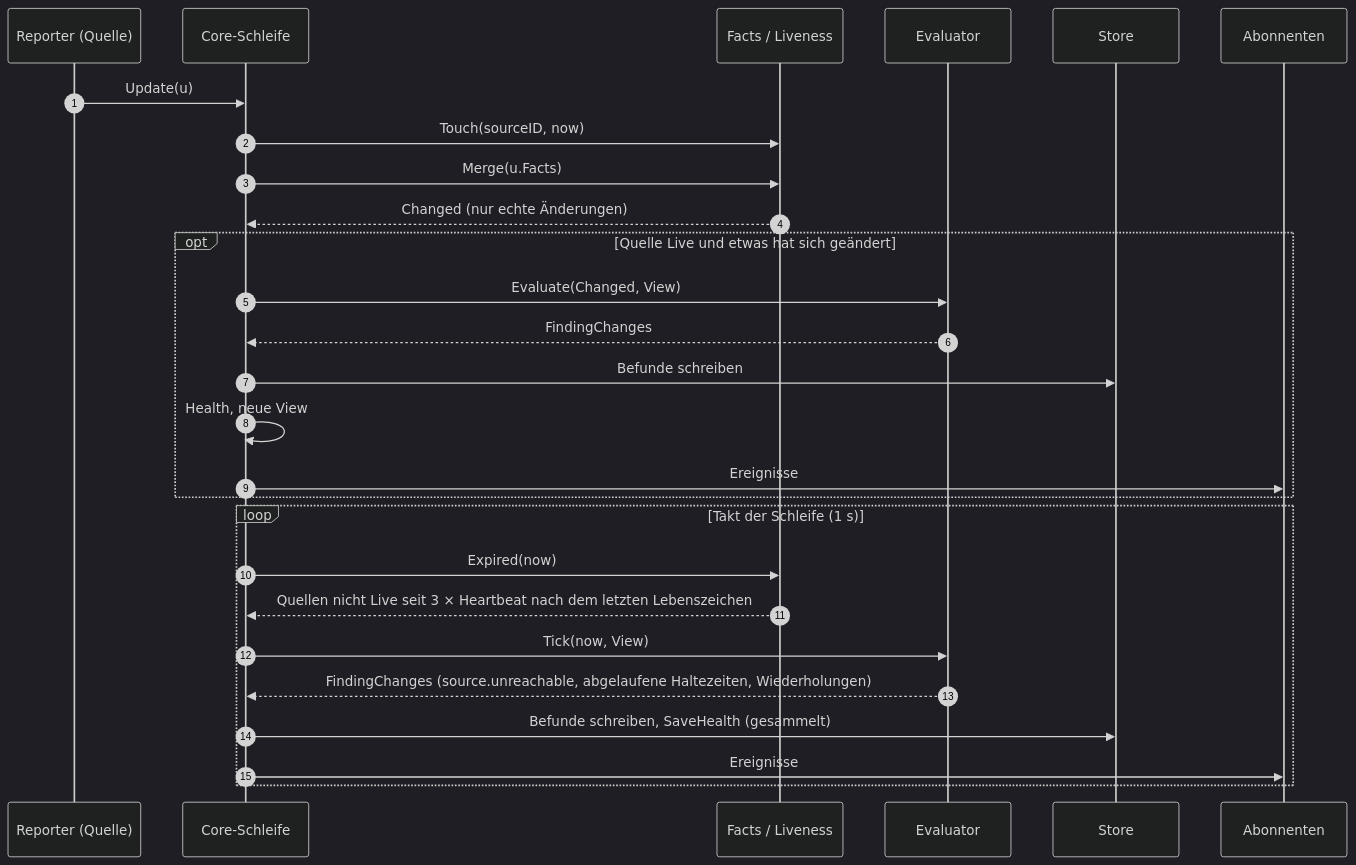
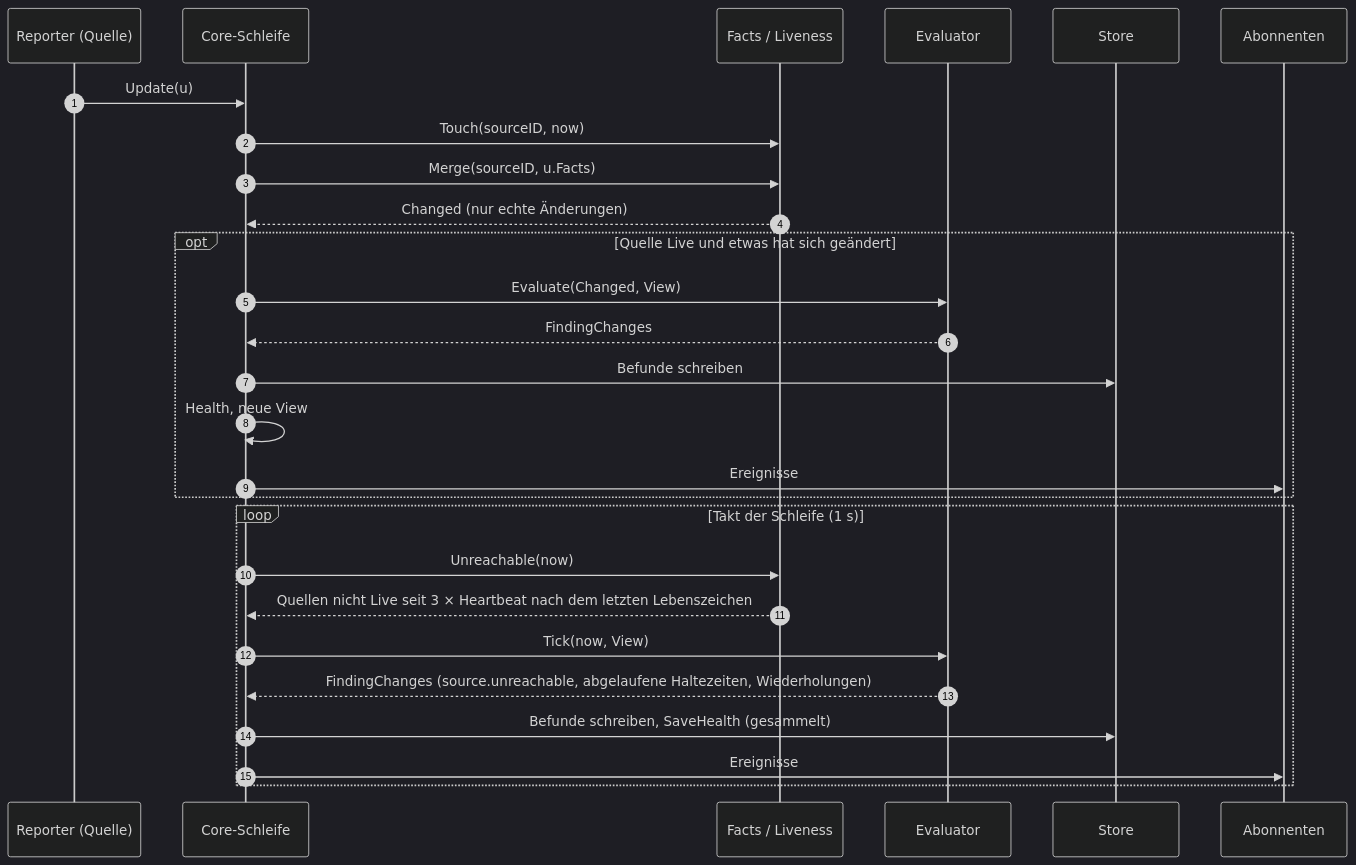
The third of 6 diagrams in docs/contracts/core.md (lukirs95/monika), drawn with Mermaid (dark theme) before and after one commit. The commit also changed other lines of this file and 6 other files, not shown here.

First line of the commit message:
core/state: in-memory facts and source liveness

````diff
--- a/docs/contracts/core.md
+++ b/docs/contracts/core.md
@@ -216,31 +230,31 @@
 ```mermaid
 sequenceDiagram
     autonumber
     participant R as Reporter (Quelle)
     participant L as Core-Schleife
     participant F as Facts / Liveness
     participant E as Evaluator
     participant S as Store
     participant B as Abonnenten
 
     R->>L: Update(u)
     L->>F: Touch(sourceID, now)
-    L->>F: Merge(u.Facts)
+    L->>F: Merge(sourceID, u.Facts)
     F-->>L: Changed (nur echte Änderungen)
     opt Quelle Live und etwas hat sich geändert
         L->>E: Evaluate(Changed, View)
         E-->>L: FindingChanges
         L->>S: Befunde schreiben
         L->>L: Health, neue View
         L->>B: Ereignisse
     end
 
     loop Takt der Schleife (1 s)
-        L->>F: Expired(now)
+        L->>F: Unreachable(now)
         F-->>L: Quellen nicht Live seit 3 × Heartbeat nach dem letzten Lebenszeichen
         L->>E: Tick(now, View)
         E-->>L: FindingChanges (source.unreachable, abgelaufene Haltezeiten, Wiederholungen)
         L->>S: Befunde schreiben, SaveHealth (gesammelt)
         L->>B: Ereignisse
     end
 ```
````
